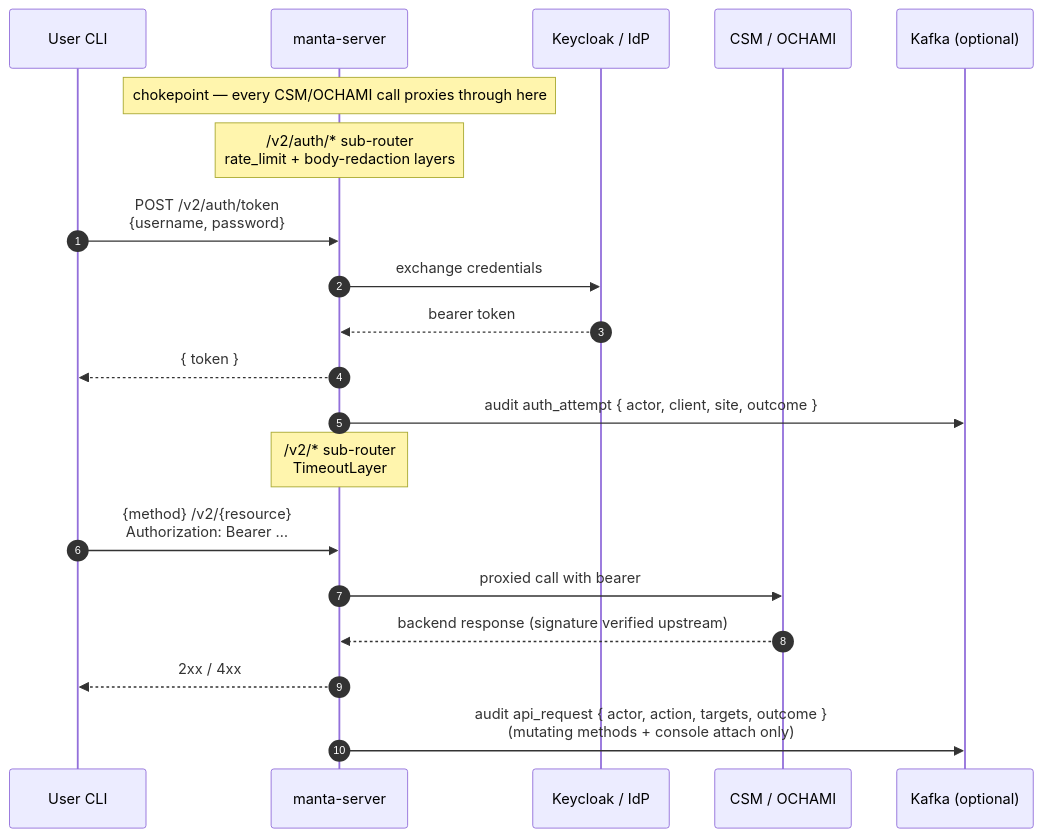
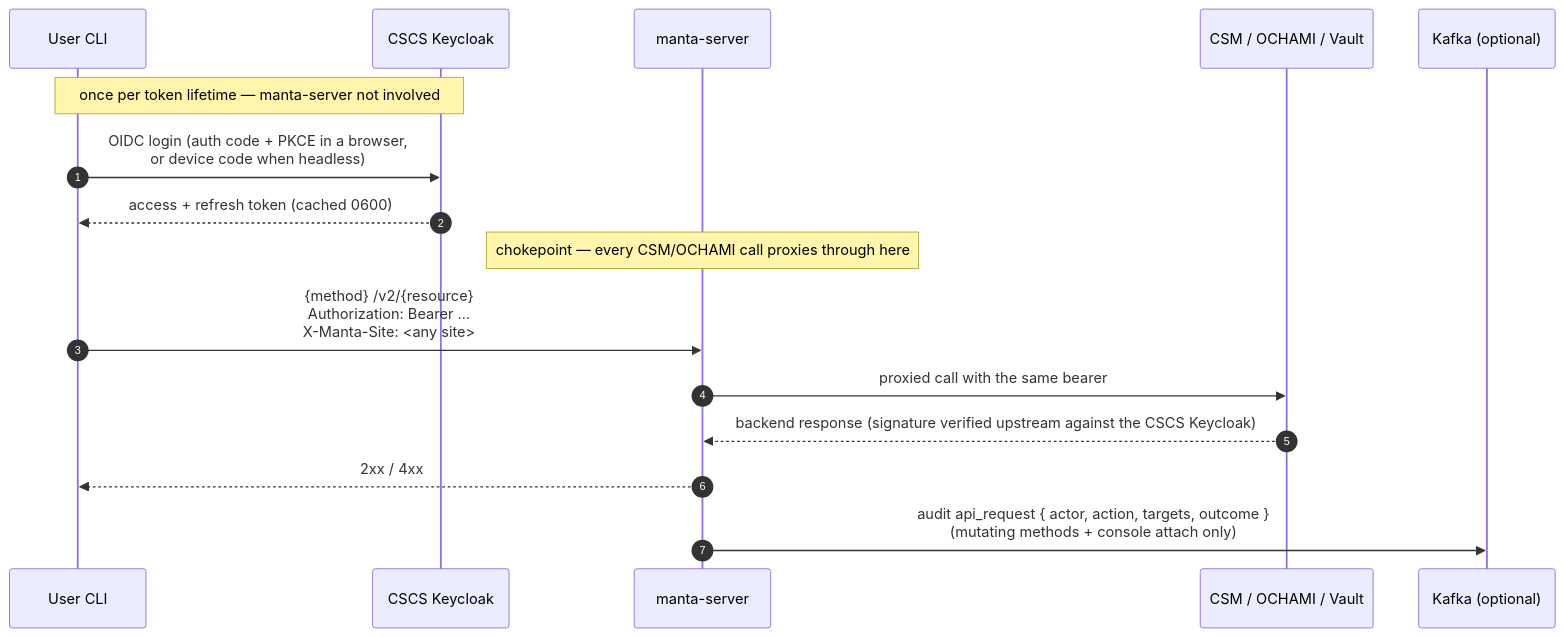
The diagram in SECURITY.md (eth-cscs/manta), drawn with Mermaid before and after one commit. The commit also changed other lines of this file and 8 other files, not shown here.

First line of the commit message:
docs: document CSCS-Keycloak login and the removed server auth

````diff
--- a/SECURITY.md
+++ b/SECURITY.md
@@ -68,27 +68,22 @@
 ```mermaid
 sequenceDiagram
     autonumber
     participant CLI as User CLI
+    participant K as CSCS Keycloak
     participant MS as manta-server
-    participant K as Keycloak / IdP
-    participant B as CSM / OCHAMI
+    participant B as CSM / OCHAMI / Vault
     participant Kf as Kafka (optional)
+
+    Note over CLI,K: once per token lifetime — manta-server not involved
+
+    CLI->>K: OIDC login (auth code + PKCE in a browser,<br/>or device code when headless)
+    K-->>CLI: access + refresh token (cached 0600)
 
     Note over MS: chokepoint — every CSM/OCHAMI call proxies through here
 
-    Note over MS: /v2/auth/* sub-router<br/>rate_limit + body-redaction layers
-
-    CLI->>MS: POST /v2/auth/token<br/>{username, password}
-    MS->>K: exchange credentials
-    K-->>MS: bearer token
-    MS-->>CLI: { token }
-    MS->>Kf: audit auth_attempt { actor, client, site, outcome }
-
-    Note over MS: /v2/* sub-router<br/>TimeoutLayer
-
-    CLI->>MS: {method} /v2/{resource}<br/>Authorization: Bearer …
-    MS->>B: proxied call with bearer
-    B-->>MS: backend response (signature verified upstream)
+    CLI->>MS: {method} /v2/{resource}<br/>Authorization: Bearer …<br/>X-Manta-Site: <any site>
+    MS->>B: proxied call with the same bearer
+    B-->>MS: backend response (signature verified upstream against the CSCS Keycloak)
     MS-->>CLI: 2xx / 4xx
     MS->>Kf: audit api_request { actor, action, targets, outcome }<br/>(mutating methods + console attach only)
 ```
````
